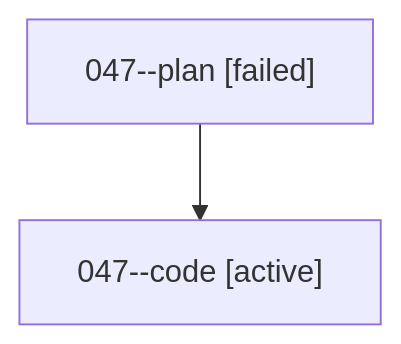
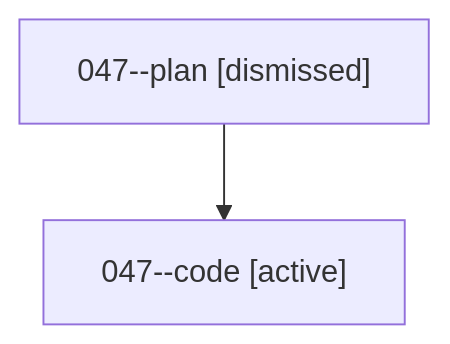
One commit to sase-org/sase--agents changed the diagram in families/bbugyi200.athena.047.md. Above: the diagram before and after it, drawn with Mermaid. The commit also changed other lines of this file and 179 other files, not shown here.

````diff
--- a/families/bbugyi200.athena.047.md
+++ b/families/bbugyi200.athena.047.md
@@ -9,6 +9,6 @@
 ```mermaid
 flowchart TD
-  n0["047--plan [failed]"]
+  n0["047--plan [dismissed]"]
   n1["047--code [active]"]
   n0 --> n1
 ```
````
